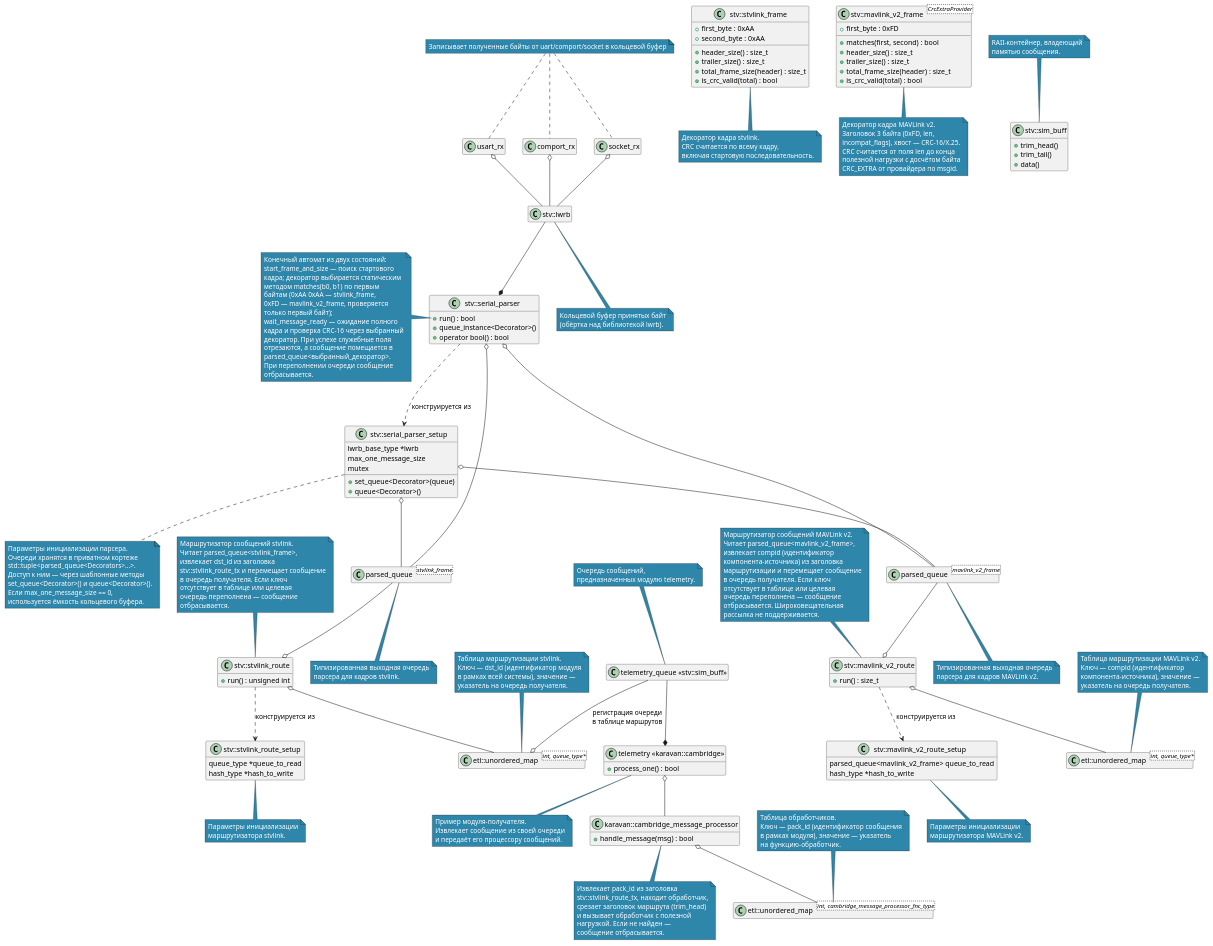
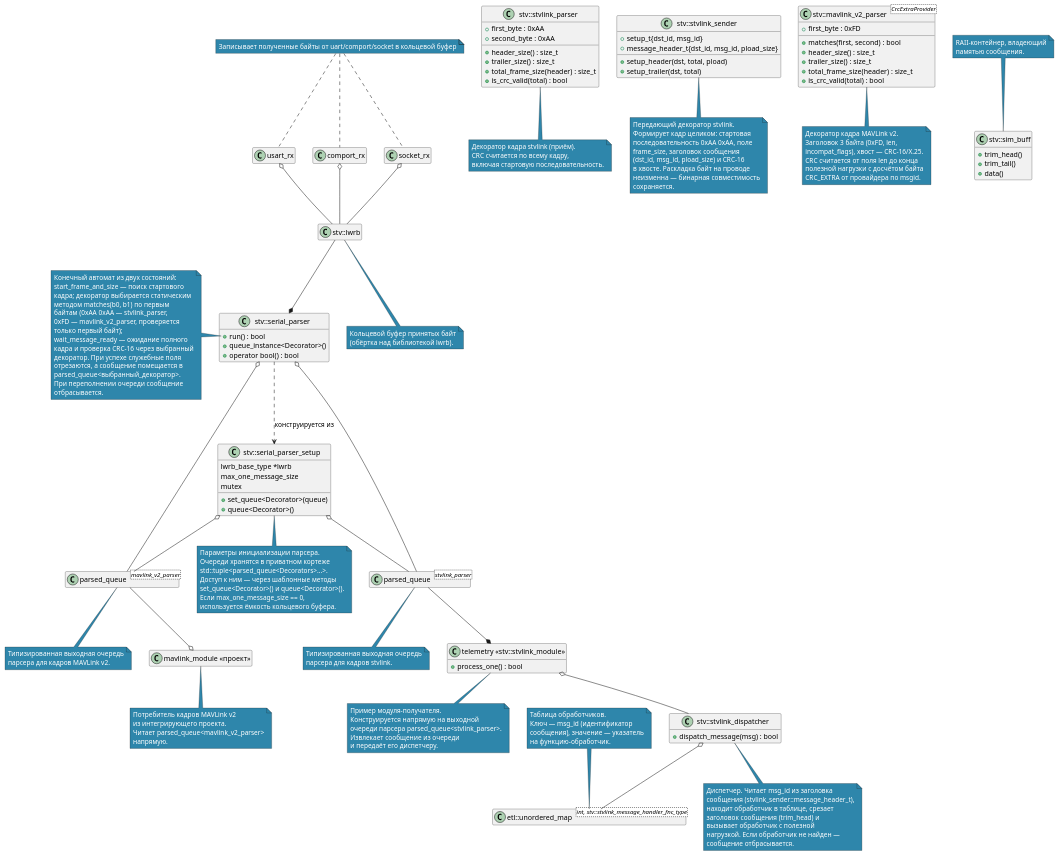
The diagram in include/stv/communication/stvlink.plantuml (Raptor26/stv), drawn with PlantUML before and after one commit. The commit also changed other lines of this file and 26 other files, not shown here.

```diff
--- a/include/stv/communication/stvlink.plantuml
+++ b/include/stv/communication/stvlink.plantuml
@@ -1,153 +1,125 @@
 @startuml
 
 skinparam noteFontColor white
 skinparam noteBackgroundColor #2E86AB
 hide empty members
 
 class "stv::lwrb" as lwrb {
 }
 note bottom of lwrb: Кольцевой буфер принятых байт\n(обёртка над библиотекой lwrb).
 
 class usart_rx
 class comport_rx
 class socket_rx
 note "Записывает полученные байты от uart/comport/socket в кольцевой буфер" as N1
 N1 .. socket_rx
 N1 .. comport_rx
 N1 .. usart_rx
 
 class "stv::serial_parser_setup" as parser_setup {
     lwrb_base_type *lwrb
     max_one_message_size
     mutex
     + set_queue<Decorator>(queue)
     + queue<Decorator>()
 }
 note bottom of parser_setup: Параметры инициализации парсера.\nОчереди хранятся в приватном кортеже\nstd::tuple<parsed_queue<Decorators>...>.\nДоступ к ним — через шаблонные методы\nset_queue<Decorator>() и queue<Decorator>().\nЕсли max_one_message_size == 0,\nиспользуется ёмкость кольцевого буфера.
 
 class "stv::serial_parser" as serial_parser {
     + run() : bool
     + queue_instance<Decorator>()
     + operator bool() : bool
 }
 
 note left of serial_parser::run
 Конечный автомат из двух состояний:
 start_frame_and_size — поиск стартового
 кадра; декоратор выбирается статическим
 методом matches(b0, b1) по первым
-байтам (0xAA 0xAA — stvlink_frame,
-0xFD — mavlink_v2_frame, проверяется
+байтам (0xAA 0xAA — stvlink_parser,
+0xFD — mavlink_v2_parser, проверяется
 только первый байт);
 wait_message_ready — ожидание полного
 кадра и проверка CRC-16 через выбранный
 декоратор. При успехе служебные поля
 отрезаются, а сообщение помещается в
 parsed_queue<выбранный_декоратор>.
 При переполнении очереди сообщение
 отбрасывается.
 end note
 
-class "stv::stvlink_frame" as stvlink_frame {
+class "stv::stvlink_parser" as stvlink_parser {
     + first_byte : 0xAA
     + second_byte : 0xAA
     + header_size() : size_t
     + trailer_size() : size_t
     + total_frame_size(header) : size_t
     + is_crc_valid(total) : bool
 }
-note bottom of stvlink_frame: Декоратор кадра stvlink.\nCRC считается по всему кадру,\nвключая стартовую последовательность.
+note bottom of stvlink_parser: Декоратор кадра stvlink (приём).\nCRC считается по всему кадру,\nвключая стартовую последовательность.
 
-class "stv::mavlink_v2_frame<CrcExtraProvider>" as mavlink_v2_frame {
+class "stv::stvlink_sender" as stvlink_sender {
+    + setup_t{dst_id, msg_id}
+    + message_header_t{dst_id, msg_id, pload_size}
+    + setup_header(dst, total, pload)
+    + setup_trailer(dst, total)
+}
+note bottom of stvlink_sender: Передающий декоратор stvlink.\nФормирует кадр целиком: стартовая\nпоследовательность 0xAA 0xAA, поле\nframe_size, заголовок сообщения\n(dst_id, msg_id, pload_size) и CRC-16\nв хвосте. Раскладка байт на проводе\nнеизменна — бинарная совместимость\nсохраняется.
+
+class "stv::mavlink_v2_parser<CrcExtraProvider>" as mavlink_v2_parser {
     + first_byte : 0xFD
     + matches(first, second) : bool
     + header_size() : size_t
     + trailer_size() : size_t
     + total_frame_size(header) : size_t
     + is_crc_valid(total) : bool
 }
-note bottom of mavlink_v2_frame: Декоратор кадра MAVLink v2.\nЗаголовок 3 байта (0xFD, len,\nincompat_flags), хвост — CRC-16/X.25.\nCRC считается от поля len до конца\nполезной нагрузки с досчётом байта\nCRC_EXTRA от провайдера по msgid.
+note bottom of mavlink_v2_parser: Декоратор кадра MAVLink v2.\nЗаголовок 3 байта (0xFD, len,\nincompat_flags), хвост — CRC-16/X.25.\nCRC считается от поля len до конца\nполезной нагрузки с досчётом байта\nCRC_EXTRA от провайдера по msgid.
 
 class "stv::sim_buff" as sim_buff {
   + trim_head()
   + trim_tail()
   + data()
 }
 note top of sim_buff: RAII-контейнер, владеющий\nпамятью сообщения.
 
-class "parsed_queue<stvlink_frame>" as parsed_queue_stv {
+class "parsed_queue<stvlink_parser>" as parsed_queue_stv {
 }
 note bottom of parsed_queue_stv: Типизированная выходная очередь\nпарсера для кадров stvlink.
 
-class "parsed_queue<mavlink_v2_frame>" as parsed_queue_mavlink {
+class "parsed_queue<mavlink_v2_parser>" as parsed_queue_mavlink {
 }
 note bottom of parsed_queue_mavlink: Типизированная выходная очередь\nпарсера для кадров MAVLink v2.
 
-class "stv::stvlink_route_setup" as route_setup_stv {
-    queue_type *queue_to_read
-    hash_type *hash_to_write
-}
-note bottom of route_setup_stv: Параметры инициализации\nмаршрутизатора stvlink.
-
-class "stv::stvlink_route" as router_stv {
-    + run() : unsigned int
-}
-note top of router_stv: Маршрутизатор сообщений stvlink.\nЧитает parsed_queue<stvlink_frame>,\nизвлекает dst_id из заголовка\nstv::stvlink_route_tx и перемещает сообщение\nв очередь получателя. Если ключ\nотсутствует в таблице или целевая\nочередь переполнена — сообщение\nотбрасывается.
-
-class "stv::mavlink_v2_route_setup" as route_setup_mavlink {
-    parsed_queue<mavlink_v2_frame> queue_to_read
-    hash_type *hash_to_write
-}
-note bottom of route_setup_mavlink: Параметры инициализации\nмаршрутизатора MAVLink v2.
-
-class "stv::mavlink_v2_route" as router_mavlink {
-    + run() : size_t
-}
-note top of router_mavlink: Маршрутизатор сообщений MAVLink v2.\nЧитает parsed_queue<mavlink_v2_frame>,\nизвлекает compid (идентификатор\nкомпонента-источника) из заголовка\nмаршрутизации и перемещает сообщение\nв очередь получателя. Если ключ\nотсутствует в таблице или целевая\nочередь переполнена — сообщение\nотбрасывается. Широковещательная\nрассылка не поддерживается.
-
-class "etl::unordered_map<int, queue_type*>" as route_hash_table_stv {
-}
-note top of route_hash_table_stv: Таблица маршрутизации stvlink.\nКлюч — dst_id (идентификатор модуля\nв рамках всей системы), значение —\nуказатель на очередь получателя.
-
-class "etl::unordered_map<int, queue_type*>" as route_hash_table_mavlink {
-}
-note top of route_hash_table_mavlink: Таблица маршрутизации MAVLink v2.\nКлюч — compid (идентификатор\nкомпонента-источника), значение —\nуказатель на очередь получателя.
-
-class "telemetry_queue <<stv::sim_buff>>" as telemetry_queue {
-}
-note top of telemetry_queue: Очередь сообщений,\nпредназначенных модулю telemetry.
-
-class "telemetry <<karavan::cambridge>>" as telemetry {
+class "telemetry <<stv::stvlink_module>>" as telemetry {
     + process_one() : bool
 }
-note bottom of telemetry: Пример модуля-получателя.\nИзвлекает сообщение из своей очереди\nи передаёт его процессору сообщений.
+note bottom of telemetry: Пример модуля-получателя.\nКонструируется напрямую на выходной\nочереди парсера parsed_queue<stvlink_parser>.\nИзвлекает сообщение из очереди\nи передаёт его диспетчеру.
 
-class "karavan::cambridge_message_processor" as msg_processor {
-    + handle_message(msg) : bool
+class "stv::stvlink_dispatcher" as dispatcher {
+    + dispatch_message(msg) : bool
 }
-note bottom of msg_processor: Извлекает pack_id из заголовка\nstv::stvlink_route_tx, находит обработчик,\nсрезает заголовок маршрута (trim_head)\nи вызывает обработчик с полезной\nнагрузкой. Если не найден —\nсообщение отбрасывается.
+note bottom of dispatcher: Диспетчер. Читает msg_id из заголовка\nсообщения (stvlink_sender::message_header_t),\nнаходит обработчик в таблице, срезает\nзаголовок сообщения (trim_head) и\nвызывает обработчик с полезной\nнагрузкой. Если обработчик не найден —\nсообщение отбрасывается.
 
-class "etl::unordered_map<int, cambridge_message_processor_fnc_type>" as handler_hash_table {
+class "etl::unordered_map<int, stv::stvlink_message_handler_fnc_type>" as handler_hash_table {
 }
-note top of handler_hash_table: Таблица обработчиков.\nКлюч — pack_id (идентификатор сообщения\nв рамках модуля), значение — указатель\nна функцию-обработчик.
+note top of handler_hash_table: Таблица обработчиков.\nКлюч — msg_id (идентификатор\nсообщения), значение — указатель\nна функцию-обработчик.
+
+class "mavlink_module <<проект>>" as mavlink_module {
+}
+note bottom of mavlink_module: Потребитель кадров MAVLink v2\nиз интегрирующего проекта.\nЧитает parsed_queue<mavlink_v2_parser>\nнапрямую.
 
 usart_rx o-- lwrb
 comport_rx o-- lwrb
 socket_rx o-- lwrb
 serial_parser ..> parser_setup : конструируется из
 lwrb --* serial_parser
 parser_setup o-- parsed_queue_stv
 parser_setup o-- parsed_queue_mavlink
 serial_parser o-- parsed_queue_stv
 serial_parser o-- parsed_queue_mavlink
-parsed_queue_stv --o router_stv
-parsed_queue_mavlink --o router_mavlink
-router_stv ..> route_setup_stv : конструируется из
-router_mavlink ..> route_setup_mavlink : конструируется из
-router_stv o-- route_hash_table_stv
-router_mavlink o-- route_hash_table_mavlink
-telemetry_queue --o route_hash_table_stv : регистрация очереди\nв таблице маршрутов
-telemetry_queue --* telemetry
-telemetry o-- msg_processor
-msg_processor o-- handler_hash_table
+parsed_queue_stv --* telemetry
+parsed_queue_mavlink --o mavlink_module
+telemetry o-- dispatcher
+dispatcher o-- handler_hash_table
 @enduml
```
